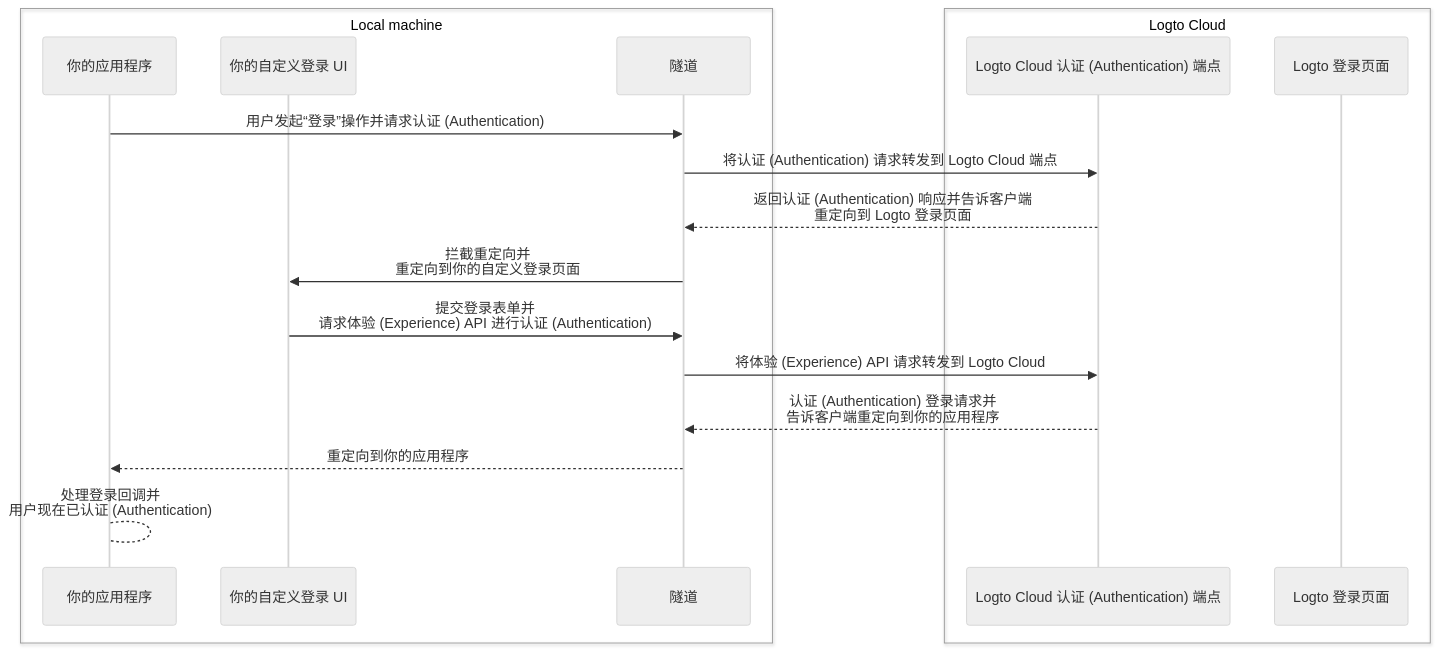
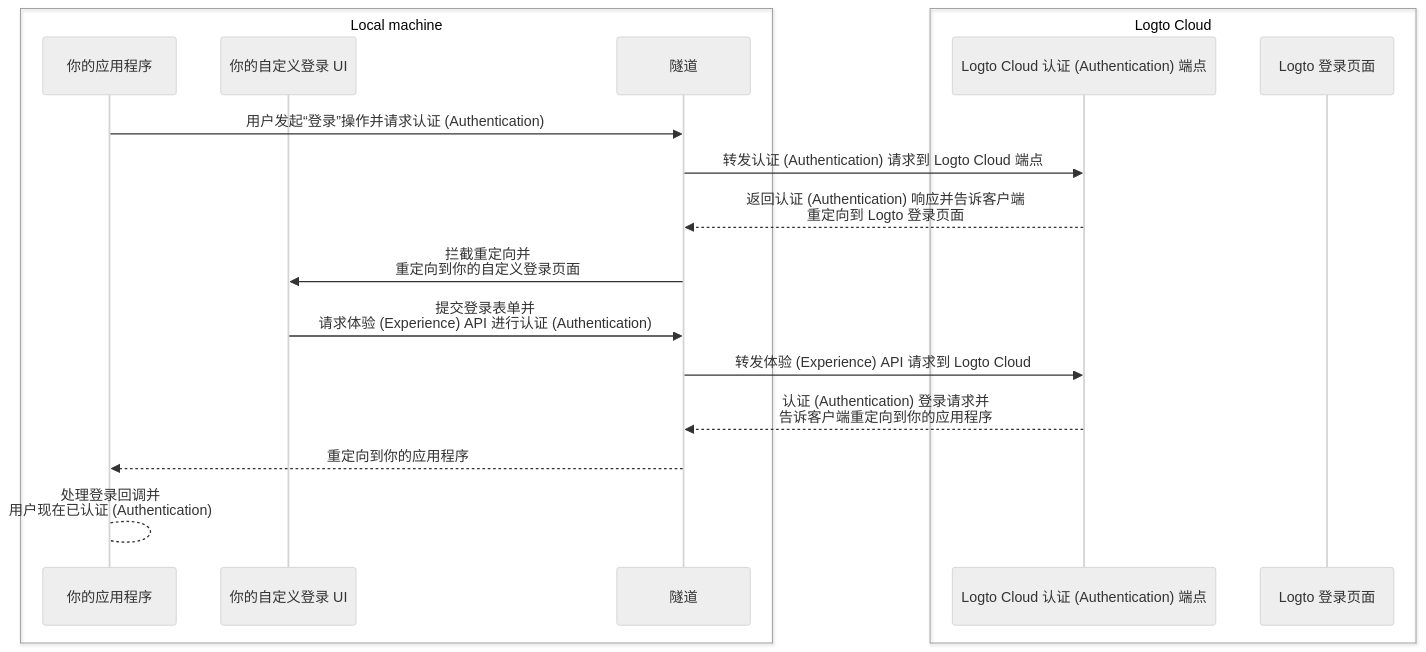
The second of 2 diagrams in i18n/zh-CN/docusaurus-plugin-content-docs/current/customization/bring-your-ui/debug-and-test-your-custom-ui-locally.mdx (logto-io/docs), drawn with Mermaid (neutral theme) before and after one commit. The commit also changed other lines of this file and 234 other files, not shown here.

````diff
--- a/i18n/zh-CN/docusaurus-plugin-content-docs/current/customization/bring-your-ui/debug-and-test-your-custom-ui-locally.mdx
+++ b/i18n/zh-CN/docusaurus-plugin-content-docs/current/customization/bring-your-ui/debug-and-test-your-custom-ui-locally.mdx
@@ -44,21 +42,21 @@
 ```mermaid
 sequenceDiagram
     box Local machine
     participant A as 你的应用程序
     participant B as 你的自定义登录 UI
     participant C as 隧道
     end
     box Logto Cloud
     participant D as Logto Cloud 认证 (Authentication) 端点
     participant E as Logto 登录页面
     end
     A ->> C: 用户发起“登录”操作并请求认证 (Authentication)
-    C ->> D: 将认证 (Authentication) 请求转发到 Logto Cloud 端点
+    C ->> D: 转发认证 (Authentication) 请求到 Logto Cloud 端点
     D -->> C: 返回认证 (Authentication) 响应并告诉客户端<br/>重定向到 Logto 登录页面
     C ->> B: 拦截重定向并<br/>重定向到你的自定义登录页面
     B ->> C: 提交登录表单并<br/>请求体验 (Experience) API 进行认证 (Authentication)
-    C ->> D: 将体验 (Experience) API 请求转发到 Logto Cloud
+    C ->> D: 转发体验 (Experience) API 请求到 Logto Cloud
     D -->> C: 认证 (Authentication) 登录请求并<br/>告诉客户端重定向到你的应用程序
     C -->> A: 重定向到你的应用程序
     A --> A: 处理登录回调并<br/>用户现在已认证 (Authentication)
 ```
````
